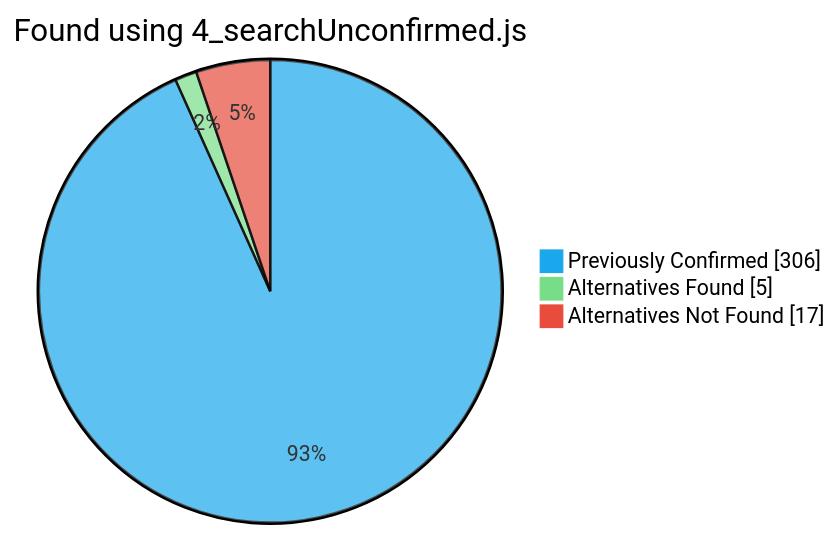
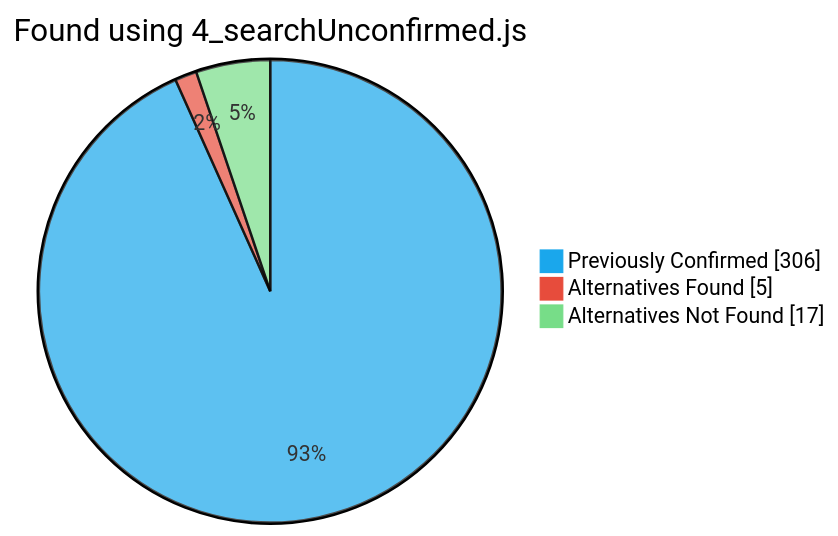
Before and after one commit to MaxPuig/spotify-to-yt-download: the fourth of 5 diagrams in README.md, drawn with Mermaid. The commit also changed other lines of this file, not shown here.

Commit message:
Updated pie colors

````diff
--- a/README.md
+++ b/README.md
@@ -86,9 +86,9 @@
 ```mermaid
-%%{init: {'themeVariables': {'pie1': '#1aa7ec',  'pie2': '#77DD88', 'pie3': '#E74C3C'}}}%%
+%%{init: {'themeVariables': {'pie1': '#1aa7ec',  'pie2': '#E74C3C', 'pie3': '#77DD88'}}}%%
 
 pie showData
   title Found using 4_searchUnconfirmed.js
   "Previously Confirmed" : 306
   "Alternatives Found" : 5
   "Alternatives Not Found" : 17
 ```
````
